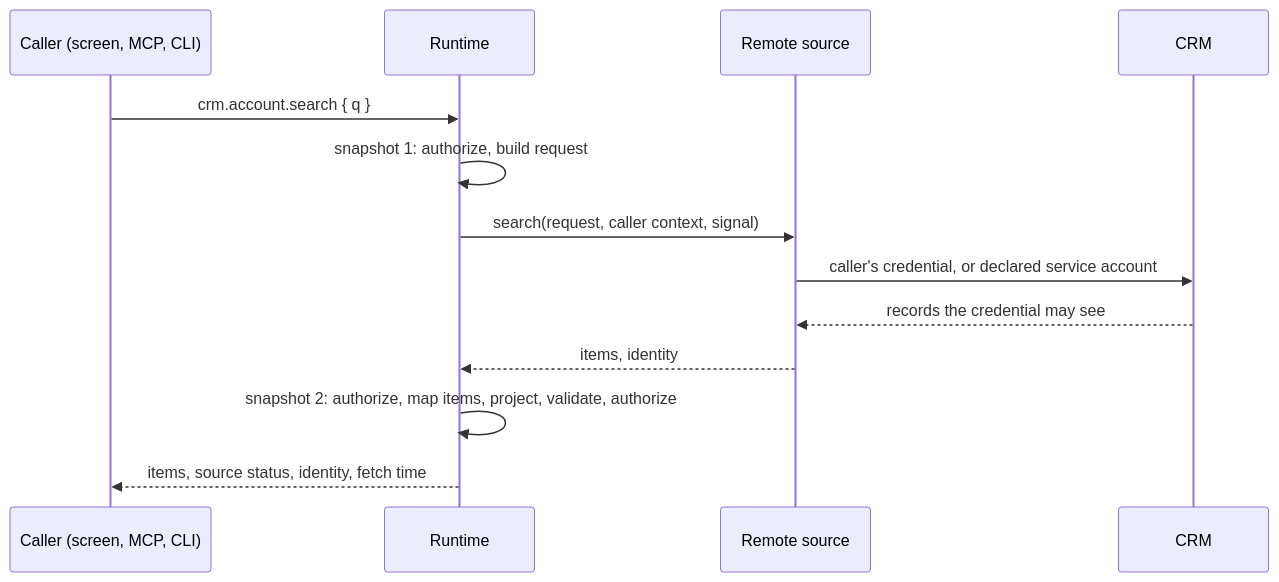
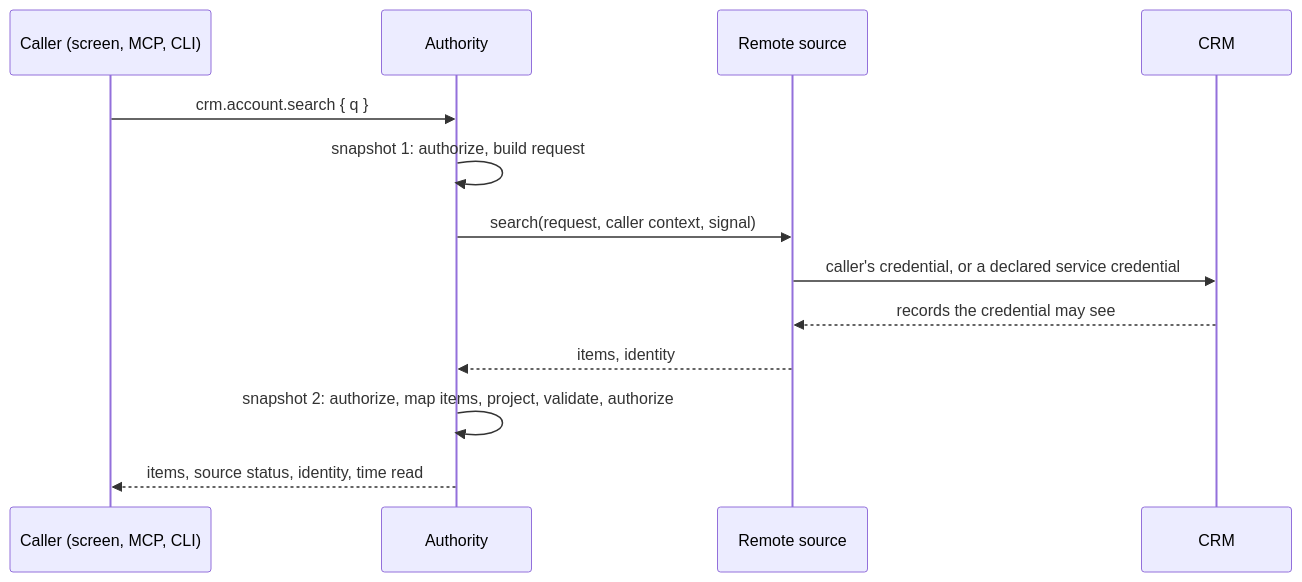
The diagram in docs/systems-of-record.md (wisdomousai/tortoise), drawn with Mermaid before and after one commit. The commit also changed other lines of this file and 30 other files, not shown here.

````diff
--- a/docs/systems-of-record.md
+++ b/docs/systems-of-record.md
@@ -76,15 +140,15 @@
 ```mermaid
 sequenceDiagram
   participant C as Caller (screen, MCP, CLI)
-  participant R as Runtime
+  participant A as Authority
   participant S as Remote source
-  participant SoR as CRM
-  C->>R: crm.account.search { q }
-  R->>R: snapshot 1: authorize, build request
-  R->>S: search(request, caller context, signal)
-  S->>SoR: caller's credential, or declared service account
-  SoR-->>S: records the credential may see
-  S-->>R: items, identity
-  R->>R: snapshot 2: authorize, map items, project, validate, authorize
-  R-->>C: items, source status, identity, fetch time
+  participant CRM as CRM
+  C->>A: crm.account.search { q }
+  A->>A: snapshot 1: authorize, build request
+  A->>S: search(request, caller context, signal)
+  S->>CRM: caller's credential, or a declared service credential
+  CRM-->>S: records the credential may see
+  S-->>A: items, identity
+  A->>A: snapshot 2: authorize, map items, project, validate, authorize
+  A-->>C: items, source status, identity, time read
 ```
````
